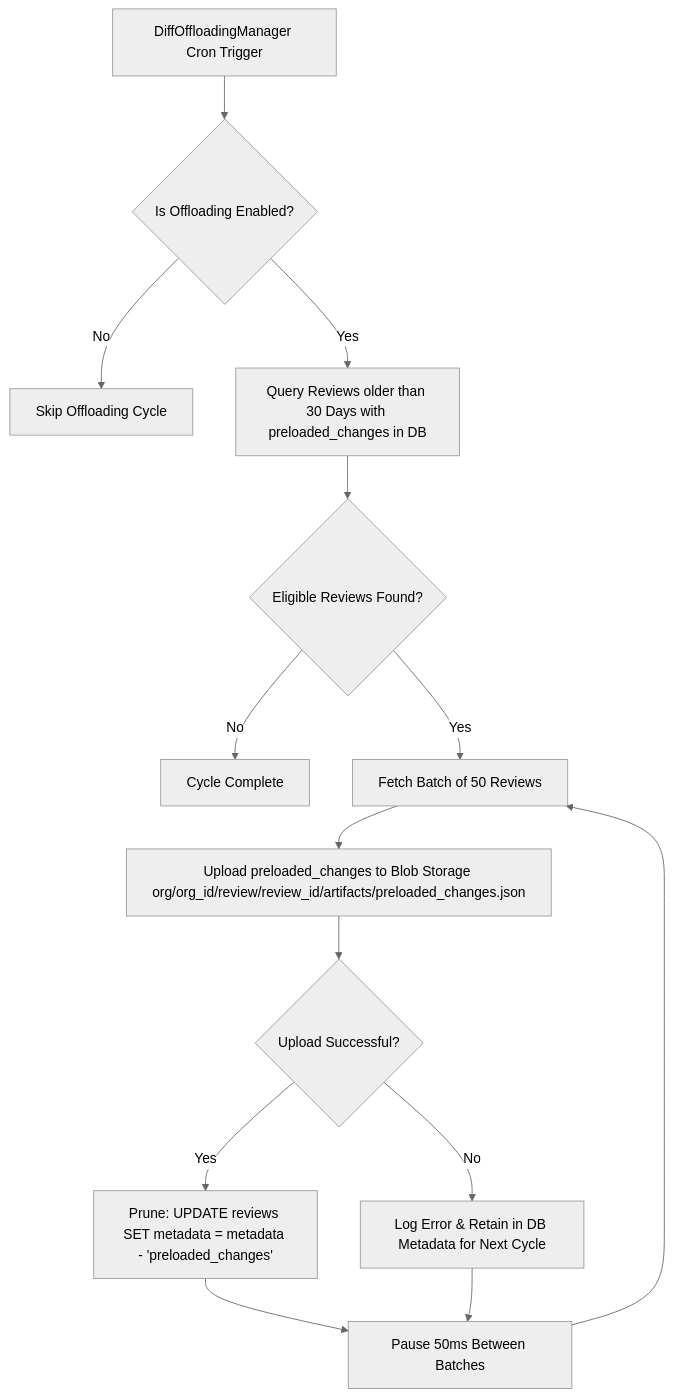
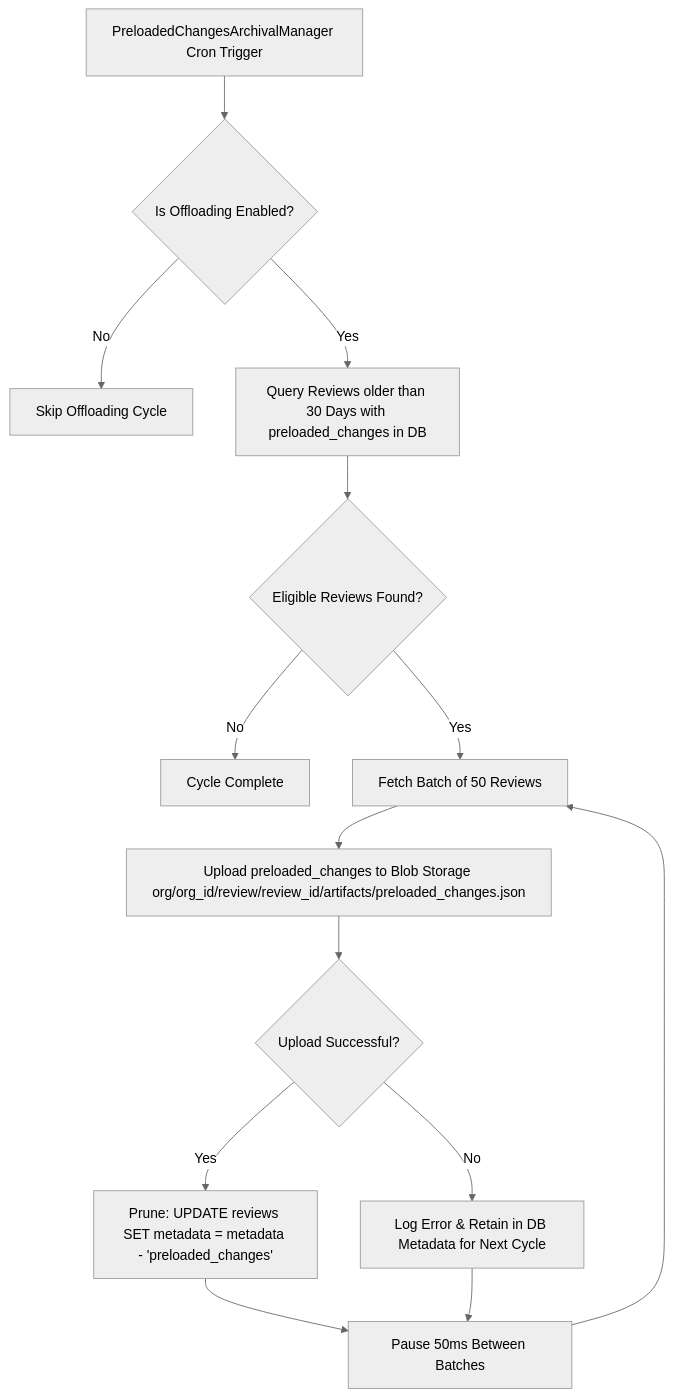
The third of 5 diagrams in docs/architecture/diff_storage_offloading.md (HexmosTech/LiveReview), drawn with Mermaid (neutral theme) before and after one commit. The commit also changed other lines of this file and 13 other files, not shown here.

Commit message:
Refactor Diff Archival to Preloaded Changes Archival

````diff
--- a/docs/architecture/diff_storage_offloading.md
+++ b/docs/architecture/diff_storage_offloading.md
@@ -97,16 +97,16 @@
 ```mermaid
 flowchart TD
-    A["DiffOffloadingManager Cron Trigger"] --> B{"Is Offloading Enabled?"}
+    A["PreloadedChangesArchivalManager Cron Trigger"] --> B{"Is Offloading Enabled?"}
     B -- "No" --> C["Skip Offloading Cycle"]
     B -- "Yes" --> D["Query Reviews older than 30 Days with preloaded_changes in DB"]
     D --> E{"Eligible Reviews Found?"}
     E -- "No" --> F["Cycle Complete"]
     E -- "Yes" --> G["Fetch Batch of 50 Reviews"]
     G --> H["Upload preloaded_changes to Blob Storage org/org_id/review/review_id/artifacts/preloaded_changes.json"]
     H --> I{"Upload Successful?"}
     I -- "Yes" --> J["Prune: UPDATE reviews SET metadata = metadata - 'preloaded_changes'"]
     I -- "No" --> K["Log Error & Retain in DB Metadata for Next Cycle"]
     J --> L["Pause 50ms Between Batches"]
     K --> L
     L --> G
 ```
````
